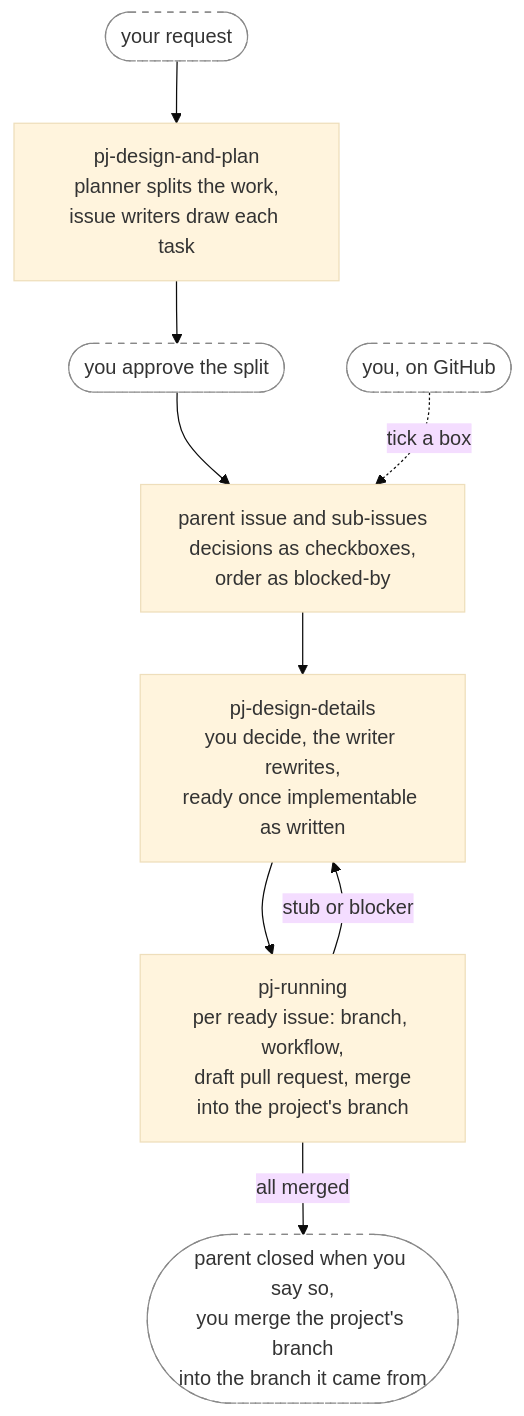
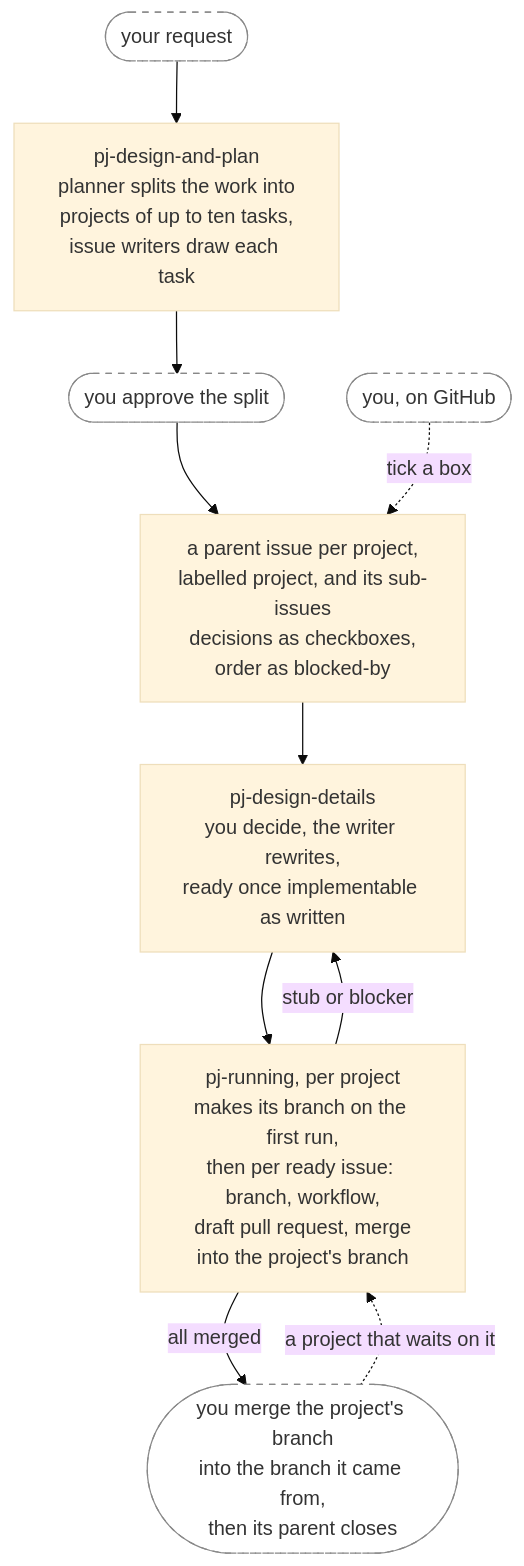
One commit to annetaan/claude-plugins changed the second of 3 diagrams in plugins/annetaan/README.md. Above: the diagram before and after it, drawn with Mermaid (base theme). The commit also changed other lines of this file and 2 other files, not shown here.

Commit message:
docs: describe split projects in the READMEs, and bump annetaan to 0.12.0

````diff
--- a/plugins/annetaan/README.md
+++ b/plugins/annetaan/README.md
@@ -131,14 +141,15 @@
 ```mermaid
 flowchart TD
-    req(["your request"]) --> plan["pj-design-and-plan<br/>planner splits the work,<br/>issue writers draw each task"]
-    plan --> approve(["you approve the split"]) --> filed["parent issue and sub-issues<br/>decisions as checkboxes,<br/>order as blocked-by"]
+    req(["your request"]) --> plan["pj-design-and-plan<br/>planner splits the work into<br/>projects of up to ten tasks,<br/>issue writers draw each task"]
+    plan --> approve(["you approve the split"]) --> filed["a parent issue per project,<br/>labelled project, and its sub-issues<br/>decisions as checkboxes,<br/>order as blocked-by"]
     filed --> details["pj-design-details<br/>you decide, the writer rewrites,<br/>ready once implementable as written"]
-    details --> run["pj-running<br/>per ready issue: branch, workflow,<br/>draft pull request, merge<br/>into the project's branch"]
+    details --> run["pj-running, per project<br/>makes its branch on the first run,<br/>then per ready issue: branch, workflow,<br/>draft pull request, merge<br/>into the project's branch"]
     run -->|"stub or blocker"| details
-    run -->|"all merged"| done(["parent closed when you say so,<br/>you merge the project's branch<br/>into the branch it came from"])
+    run -->|"all merged"| done(["you merge the project's branch<br/>into the branch it came from,<br/>then its parent closes"])
+    done -.->|"a project that waits on it"| run
 
     you(["you, on GitHub"]) -.->|"tick a box"| filed
 
     classDef human fill:#fff,stroke:#888,stroke-dasharray: 5 5
     class req,approve,you,done human
 ```
````
